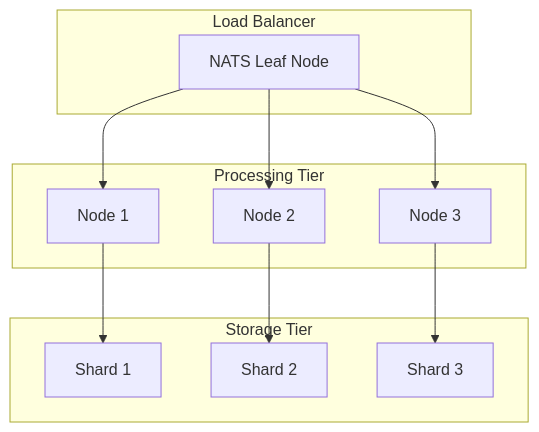
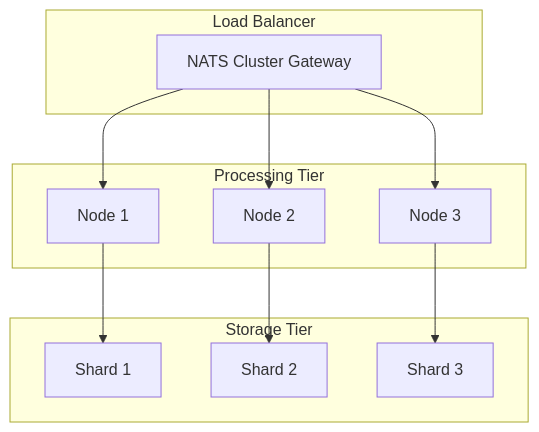
The fourth of 6 diagrams in about/technical-architecture.md (TheCowboyAI/alchemist), drawn with Mermaid before and after one commit. The commit also changed other lines of this file and 3 other files, not shown here.

````diff
--- a/about/technical-architecture.md
+++ b/about/technical-architecture.md
@@ -144,26 +183,26 @@
 ```mermaid
 graph TB
     subgraph "Load Balancer"
-        LB[NATS Leaf Node]
+        LB[NATS Cluster Gateway]
     end
     
     subgraph "Processing Tier"
         N1[Node 1]
         N2[Node 2]
         N3[Node 3]
     end
     
     subgraph "Storage Tier"
         S1[Shard 1]
         S2[Shard 2]
         S3[Shard 3]
     end
     
     LB --> N1
     LB --> N2
     LB --> N3
     
     N1 --> S1
     N2 --> S2
     N3 --> S3
 ```
````
